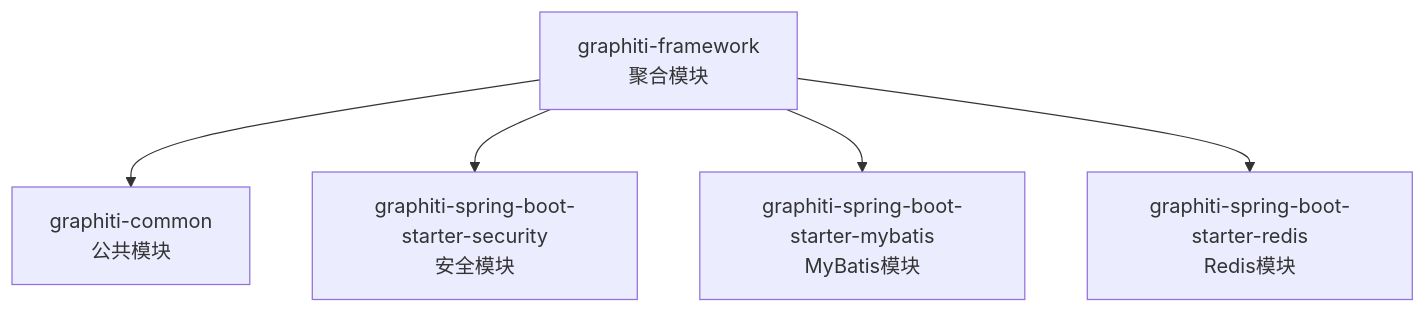
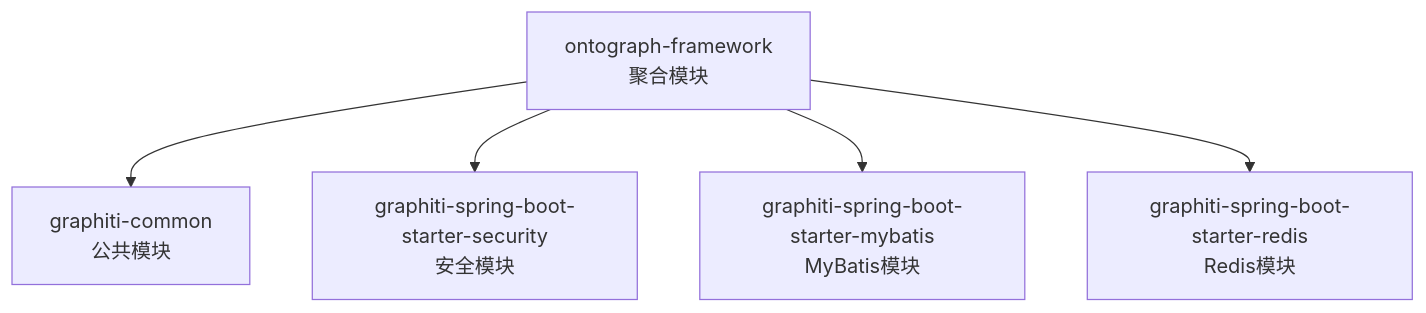
The first of 7 diagrams in docs/manual/架构设计/模块化设计/框架模块 (graphiti-framework)/框架模块 (graphiti-framework).md (joezxh/graphiti-java), drawn with Mermaid before and after one commit. The commit also changed other lines of this file and 200 other files, not shown here.

````diff
--- a/docs/manual/架构设计/模块化设计/框架模块 (graphiti-framework)/框架模块 (graphiti-framework).md
+++ b/docs/manual/架构设计/模块化设计/框架模块 (graphiti-framework)/框架模块 (graphiti-framework).md
@@ -47,7 +47,7 @@
 ```mermaid
 graph TB
-A["graphiti-framework<br/>聚合模块"] --> B["graphiti-common<br/>公共模块"]
+A["ontograph-framework<br/>聚合模块"] --> B["graphiti-common<br/>公共模块"]
 A --> C["graphiti-spring-boot-starter-security<br/>安全模块"]
 A --> D["graphiti-spring-boot-starter-mybatis<br/>MyBatis模块"]
 A --> E["graphiti-spring-boot-starter-redis<br/>Redis模块"]
 ```
````
